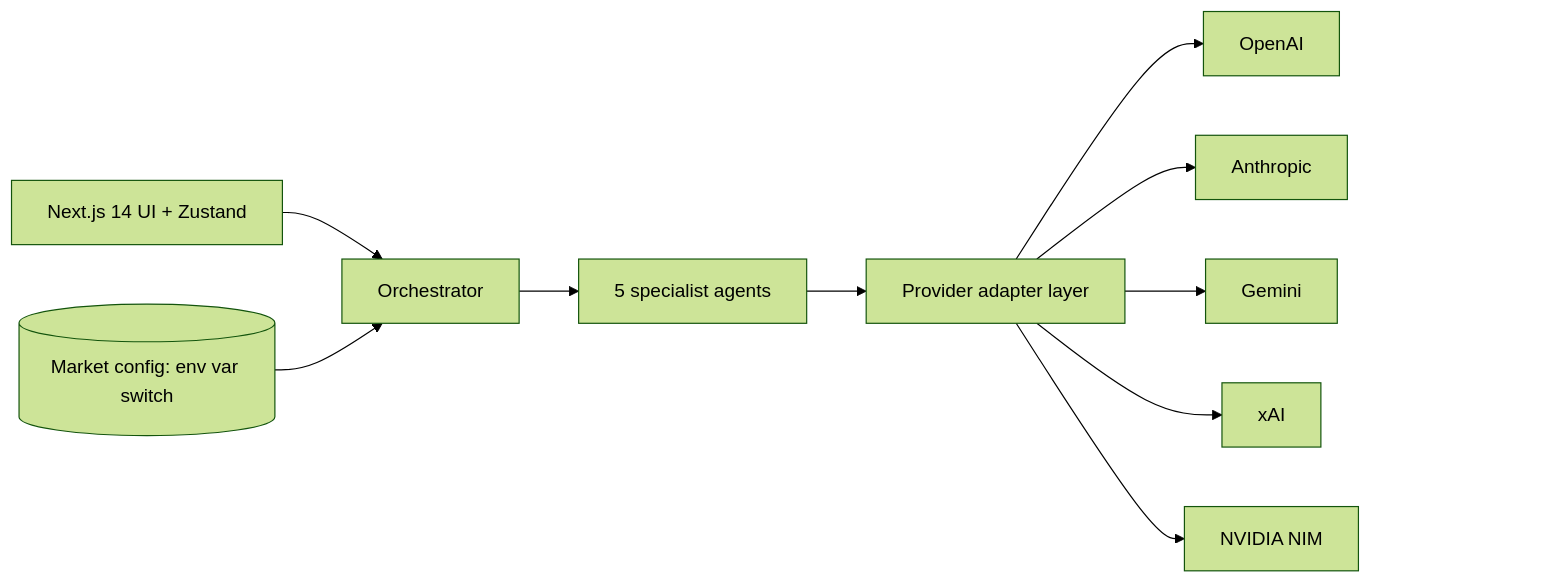
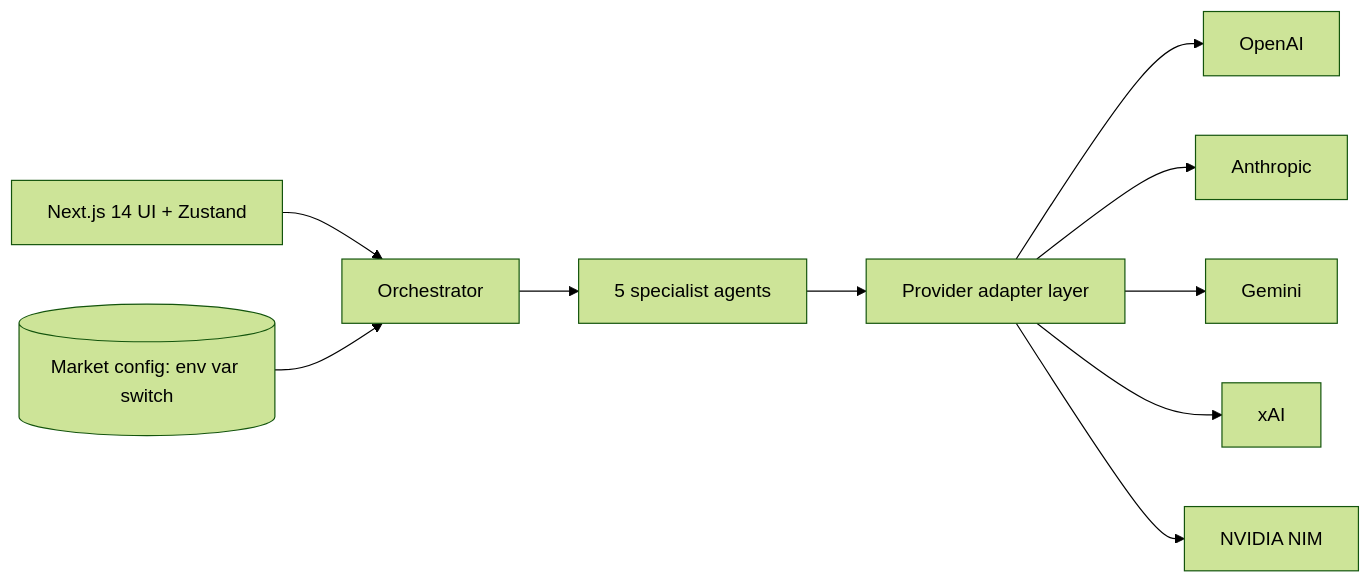
Before and after one commit to a-nayem/a-nayem: the first of 2 diagrams in README.md, drawn with Mermaid (forest theme). The commit also changed other lines of this file, not shown here.

````diff
--- a/README.md
+++ b/README.md
@@ -163,19 +206,12 @@
 ```mermaid
 flowchart LR
     UI["Next.js 14 UI + Zustand"] --> ORC["Orchestrator"]
     CFG[("Market config: env var switch")] --> ORC
     ORC --> AGT["5 specialist agents"]
     AGT --> ADP["Provider adapter layer"]
     ADP --> P1["OpenAI"]
     ADP --> P2["Anthropic"]
     ADP --> P3["Gemini"]
     ADP --> P4["xAI"]
     ADP --> P5["NVIDIA NIM"]
-    SP["#160;#160;#160;#160;#160;#160;#160;#160;#160;#160;#160;#160;"]
-    P1 ~~~ SP
-    P2 ~~~ SP
-    P3 ~~~ SP
-    P4 ~~~ SP
-    P5 ~~~ SP
-    style SP fill:none,stroke:none
 ```
````
